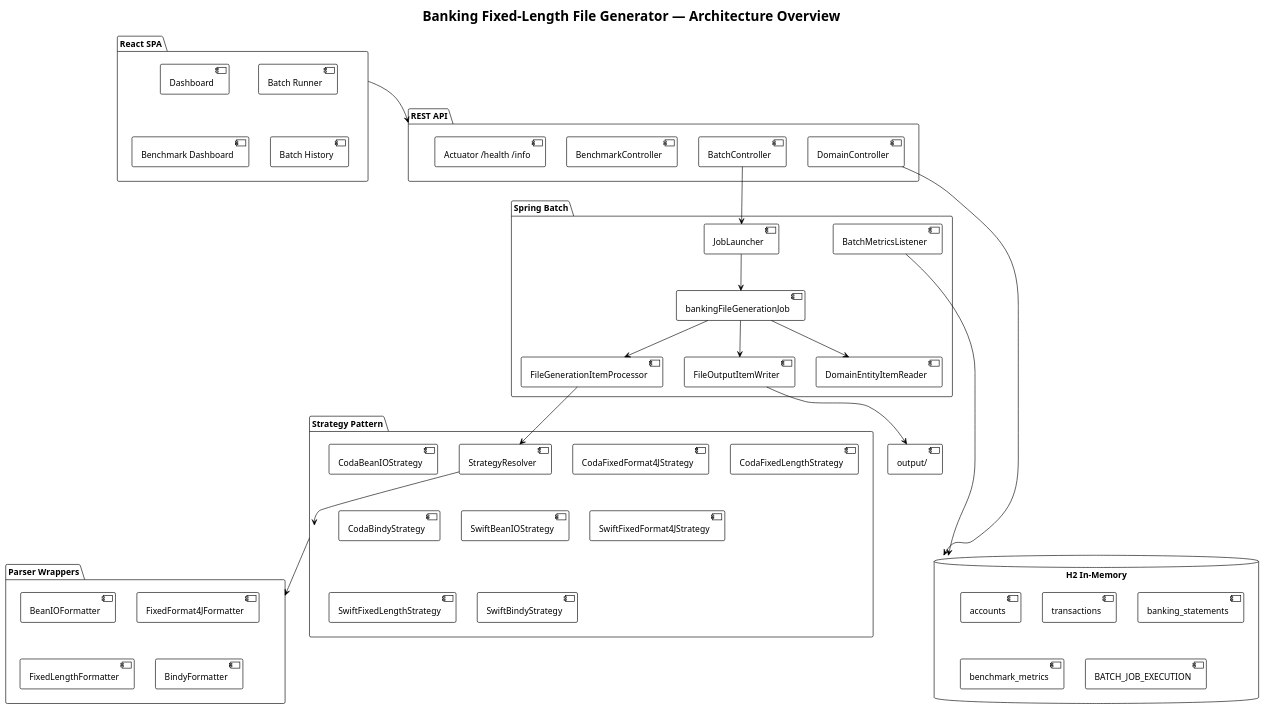
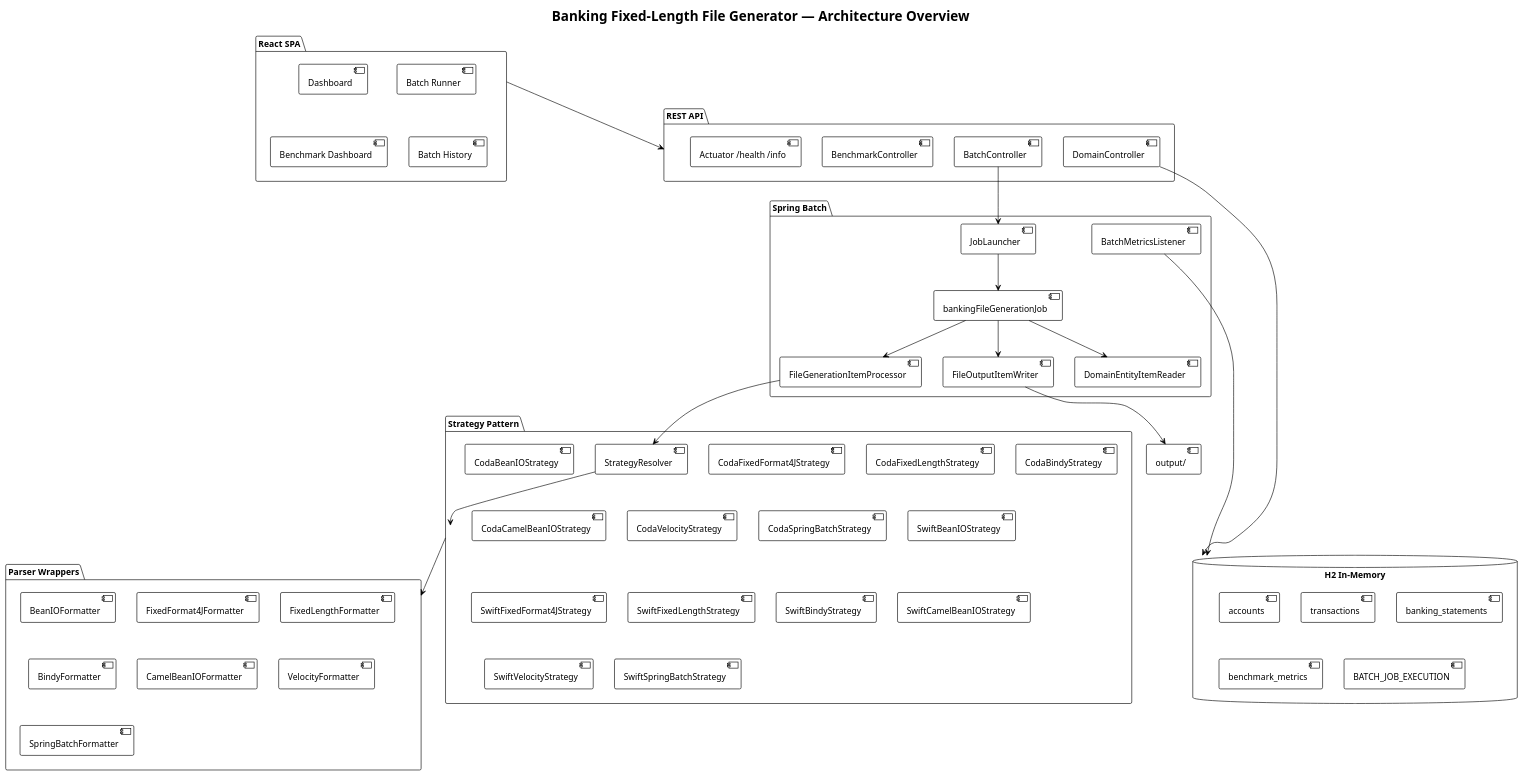
One commit to wallaceespindola/fixed-length-converters changed the diagram in docs/diagrams/architecture-overview.puml. Above: the diagram before and after it, drawn with PlantUML. The commit also changed 13 other files, not shown here.

Commit message:
docs: align all documentation and diagrams with 7 libraries / 14 strategies / 28 benchmarks

```diff
--- a/docs/diagrams/architecture-overview.puml
+++ b/docs/diagrams/architecture-overview.puml
@@ -1,67 +1,76 @@
 @startuml architecture-overview
 !theme plain
 title Banking Fixed-Length File Generator — Architecture Overview
 
 package "React SPA" {
     [Dashboard]
     [Batch Runner]
     [Benchmark Dashboard]
     [Batch History]
 }
 
 package "REST API" {
     [DomainController]
     [BatchController]
     [BenchmarkController]
     [Actuator /health /info]
 }
 
 package "Spring Batch" {
     [JobLauncher]
     [bankingFileGenerationJob]
     [DomainEntityItemReader]
     [FileGenerationItemProcessor]
     [FileOutputItemWriter]
     [BatchMetricsListener]
 }
 
 package "Strategy Pattern" {
     [StrategyResolver]
     [CodaBeanIOStrategy]
     [CodaFixedFormat4JStrategy]
     [CodaFixedLengthStrategy]
     [CodaBindyStrategy]
+    [CodaCamelBeanIOStrategy]
+    [CodaVelocityStrategy]
+    [CodaSpringBatchStrategy]
     [SwiftBeanIOStrategy]
     [SwiftFixedFormat4JStrategy]
     [SwiftFixedLengthStrategy]
     [SwiftBindyStrategy]
+    [SwiftCamelBeanIOStrategy]
+    [SwiftVelocityStrategy]
+    [SwiftSpringBatchStrategy]
 }
 
 package "Parser Wrappers" {
     [BeanIOFormatter]
     [FixedFormat4JFormatter]
     [FixedLengthFormatter]
     [BindyFormatter]
+    [CamelBeanIOFormatter]
+    [VelocityFormatter]
+    [SpringBatchFormatter]
 }
 
 database "H2 In-Memory" {
     [accounts]
     [transactions]
     [banking_statements]
     [benchmark_metrics]
     [BATCH_JOB_EXECUTION]
 }
 
 [React SPA] --> [REST API]
 [DomainController] --> [H2 In-Memory]
 [BatchController] --> [JobLauncher]
 [JobLauncher] --> [bankingFileGenerationJob]
 [bankingFileGenerationJob] --> [DomainEntityItemReader]
 [bankingFileGenerationJob] --> [FileGenerationItemProcessor]
 [bankingFileGenerationJob] --> [FileOutputItemWriter]
 [FileGenerationItemProcessor] --> [StrategyResolver]
 [StrategyResolver] --> [Strategy Pattern]
 [Strategy Pattern] --> [Parser Wrappers]
 [BatchMetricsListener] --> [H2 In-Memory]
 [FileOutputItemWriter] --> [output/]
 @enduml
```
